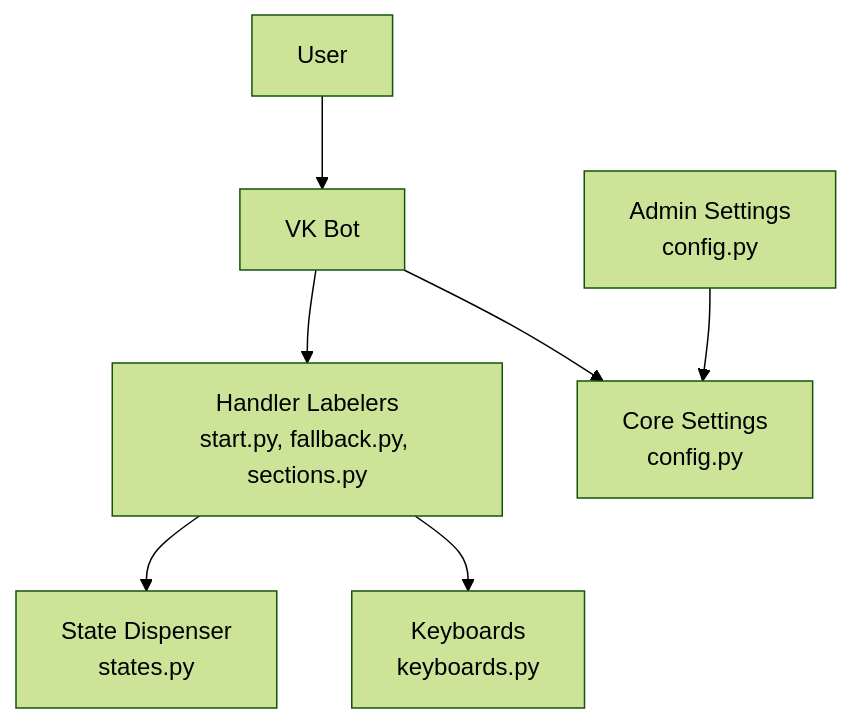
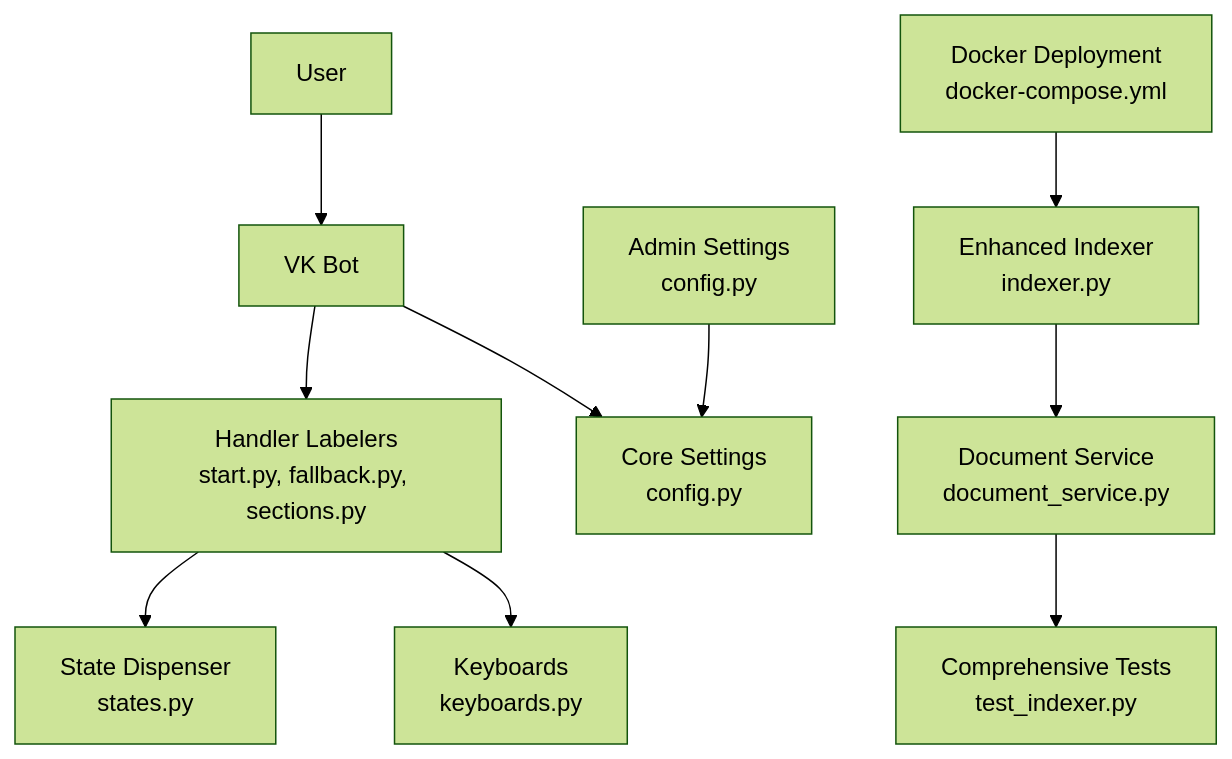
The second of 13 diagrams in .qoder/repowiki/en/content/Document Management System.md (ognelis/cafetera_hr_bot), drawn with Mermaid (forest theme) before and after one commit. The commit also changed other lines of this file and 2 other files, not shown here.

````diff
--- a/.qoder/repowiki/en/content/Document Management System.md
+++ b/.qoder/repowiki/en/content/Document Management System.md
@@ -101,16 +120,23 @@
 ```mermaid
 graph TB
 USER["User"]
 BOT["VK Bot"]
 LABELERS["Handler Labelers<br/>start.py, fallback.py, sections.py"]
 STATE["State Dispenser<br/>states.py"]
 KB["Keyboards<br/>keyboards.py"]
 CORECFG["Core Settings<br/>config.py"]
 ADMINCFG["Admin Settings<br/>config.py"]
+INDEXER["Enhanced Indexer<br/>indexer.py"]
+DOCSVC["Document Service<br/>document_service.py"]
+TESTS["Comprehensive Tests<br/>test_indexer.py"]
+DOCKER["Docker Deployment<br/>docker-compose.yml"]
 USER --> BOT
 BOT --> LABELERS
 LABELERS --> STATE
 LABELERS --> KB
 BOT --> CORECFG
 ADMINCFG --> CORECFG
+INDEXER --> DOCSVC
+DOCSVC --> TESTS
+DOCKER --> INDEXER
 ```
````
